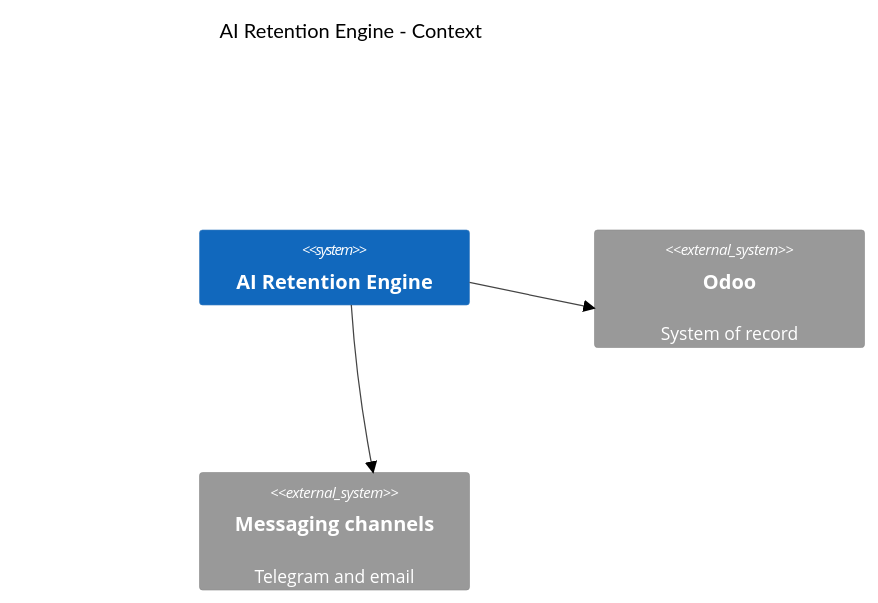
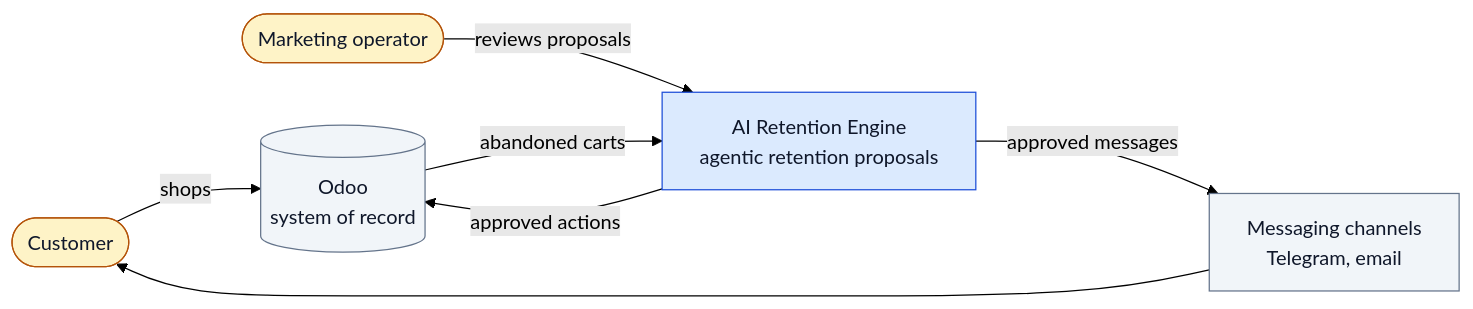
One commit to aymanaboghonim/odoo-agentic-retention-engine changed the first of 3 diagrams in docs/architecture/system-overview.md. Above: the diagram before and after it, drawn with Mermaid (forest theme). The commit also changed other lines of this file and 3 other files, not shown here.

First line of the commit message:
docs: switch architecture diagrams to Mermaid flowcharts

````diff
--- a/docs/architecture/system-overview.md
+++ b/docs/architecture/system-overview.md
@@ -7,11 +7,22 @@
 ```mermaid
-C4Context
-    title AI Retention Engine - Context
+flowchart LR
+    customer(["Customer"])
+    operator(["Marketing operator"])
+    engine["AI Retention Engine<br/>agentic retention proposals"]
+    odoo[("Odoo<br/>system of record")]
+    channels["Messaging channels<br/>Telegram, email"]
 
-    System(engine, "AI Retention Engine")
-    System_Ext(odoo, "Odoo", "System of record")
-    System_Ext(channels, "Messaging channels", "Telegram and email")
+    customer -- "shops" --> odoo
+    odoo -- "abandoned carts" --> engine
+    engine -- "approved actions" --> odoo
+    engine -- "approved messages" --> channels
+    channels --> customer
+    operator -- "reviews proposals" --> engine
 
-    Rel(engine, odoo, "")
-    Rel(engine, channels, "")
+    classDef engine fill:#dbeafe,stroke:#1d4ed8,color:#0f172a
+    classDef external fill:#f1f5f9,stroke:#64748b,color:#0f172a
+    classDef person fill:#fef3c7,stroke:#b45309,color:#0f172a
+    class engine engine
+    class odoo,channels external
+    class customer,operator person
 ```
````
